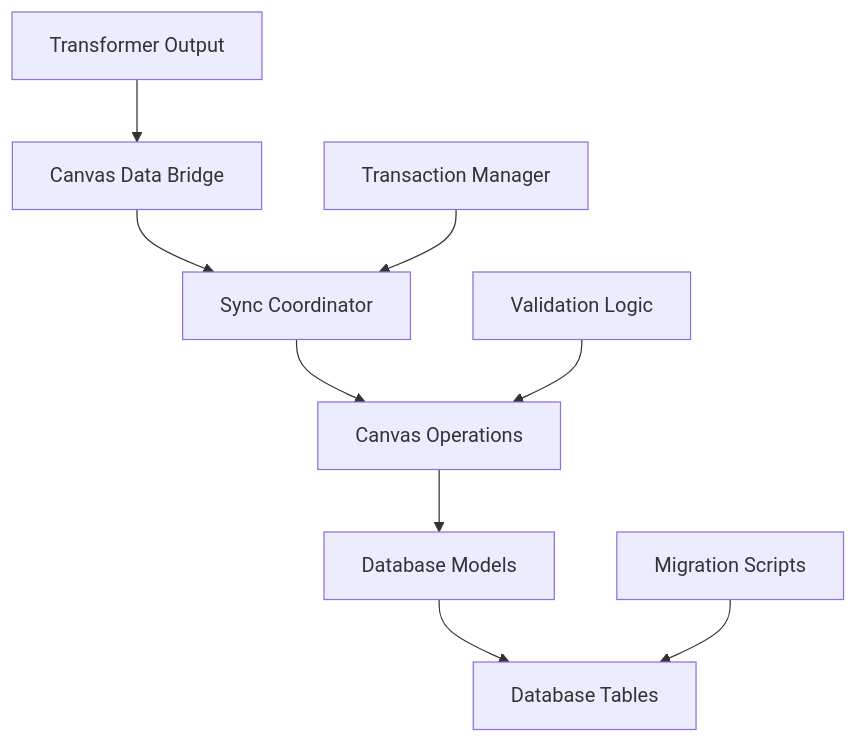
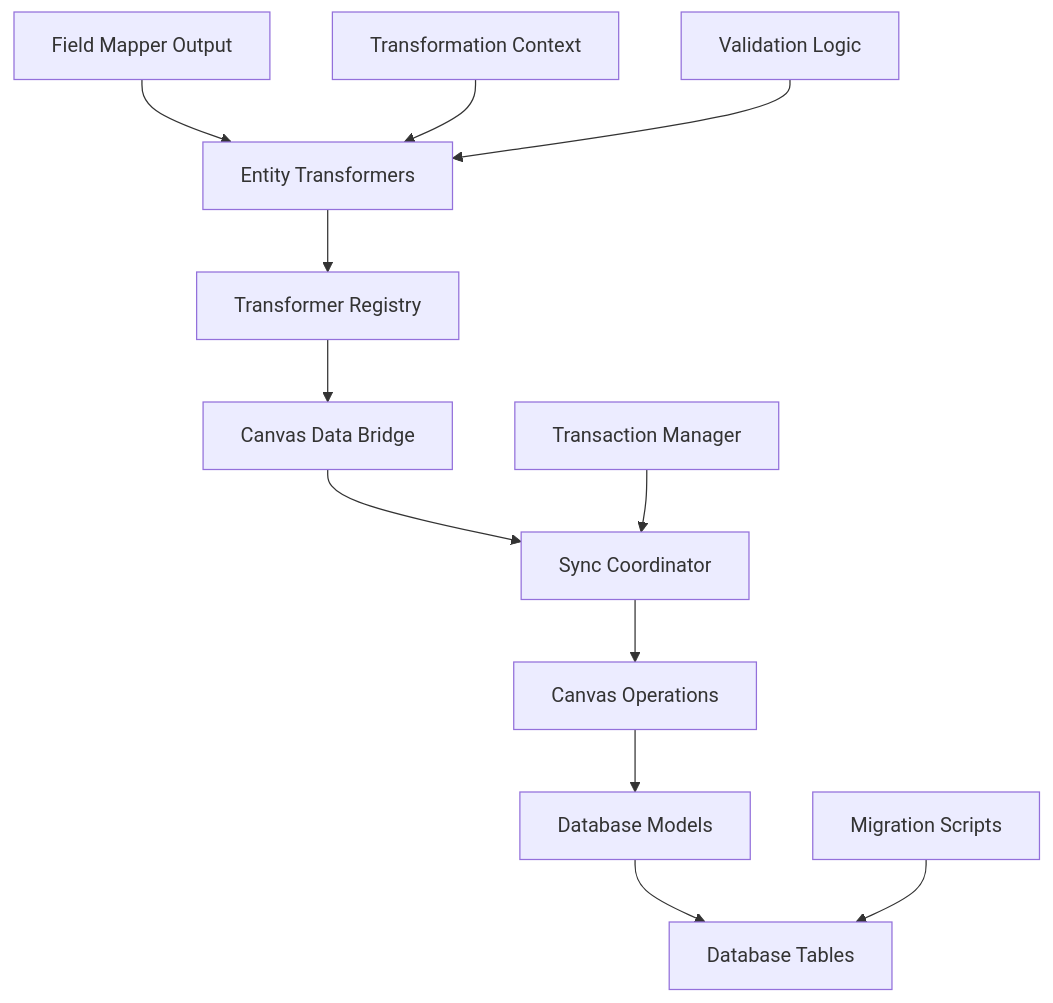
One commit to Tdawg-development/Canvas-Tracker-V3 changed the diagram in docs/development/Database-Field-Management-Guide.md. Above: the diagram before and after it, drawn with Mermaid. The commit also changed other lines of this file and 15 other files, not shown here.

````diff
--- a/docs/development/Database-Field-Management-Guide.md
+++ b/docs/development/Database-Field-Management-Guide.md
@@ -28,12 +34,15 @@
 ```mermaid
 graph TD
-    A[Transformer Output] --> B[Canvas Data Bridge]
-    B --> C[Sync Coordinator]
-    C --> D[Canvas Operations]
-    D --> E[Database Models]
-    E --> F[Database Tables]
+    A[Field Mapper Output] --> B[Entity Transformers]
+    B --> C[Transformer Registry]
+    C --> D[Canvas Data Bridge]
+    D --> E[Sync Coordinator]
+    E --> F[Canvas Operations]
+    F --> G[Database Models]
+    G --> H[Database Tables]
     
-    G[Migration Scripts] --> F
-    H[Validation Logic] --> D
-    I[Transaction Manager] --> C
+    I[Migration Scripts] --> H
+    J[Transformation Context] --> B
+    K[Validation Logic] --> B
+    L[Transaction Manager] --> E
 ```
````
